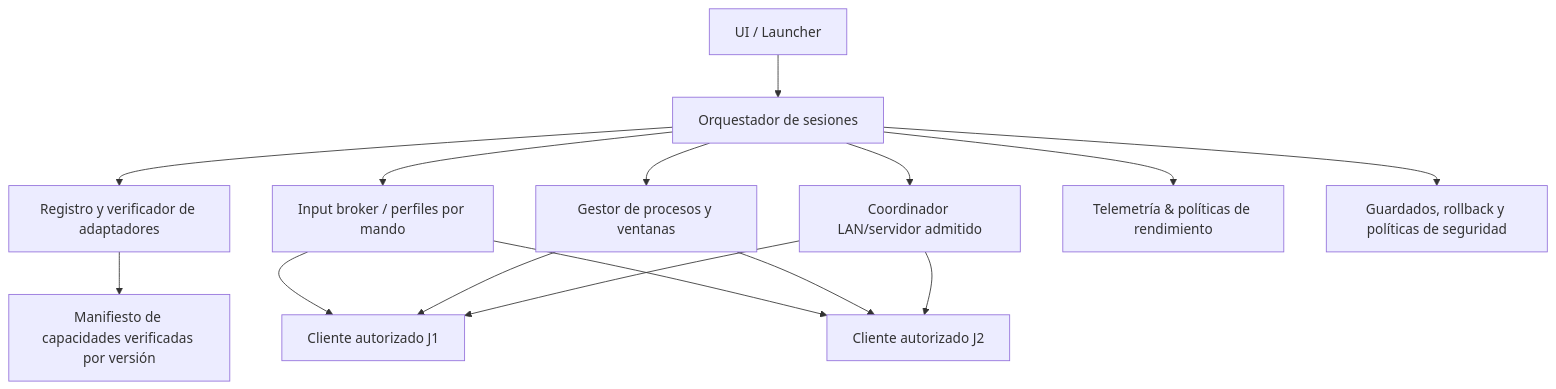
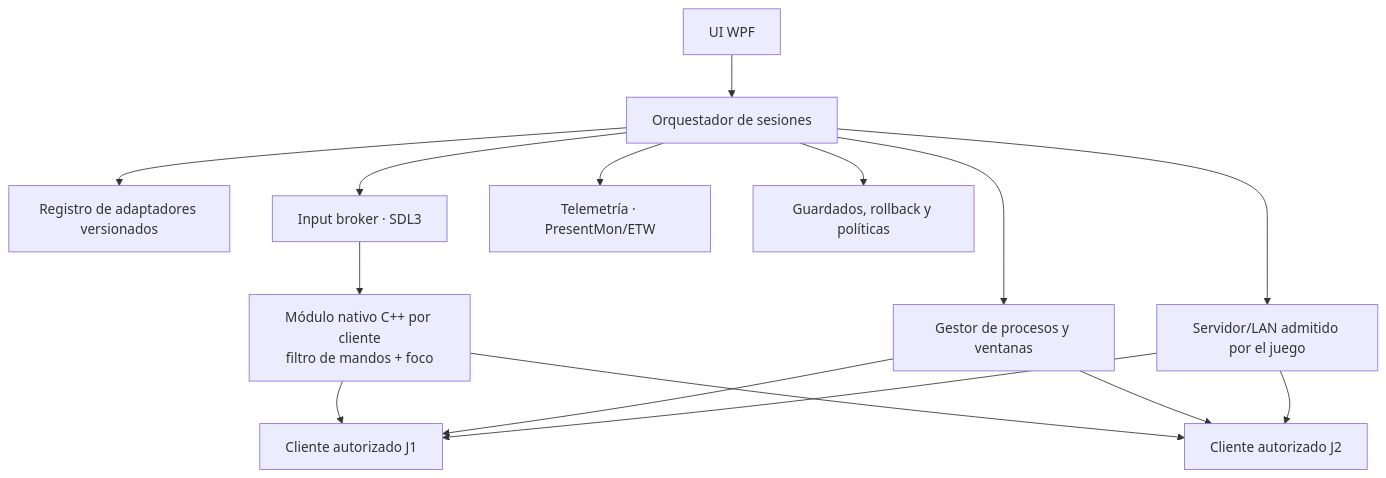
Before and after one commit to FaberGomezDev/SplitForge: the second of 2 diagrams in docs/02-ARQUITECTURA.md, drawn with Mermaid. The commit also changed other lines of this file and 31 other files, not shown here.

````diff
--- a/docs/02-ARQUITECTURA.md
+++ b/docs/02-ARQUITECTURA.md
@@ -49,17 +53,17 @@
 ```mermaid
 flowchart TB
-    UI2[UI / Launcher] --> API[Orquestador de sesiones]
-    API --> PROFILE[Registro y verificador de adaptadores]
-    API --> INPUT[Input broker / perfiles por mando]
+    UI2[UI WPF] --> API[Orquestador de sesiones]
+    API --> PROFILE[Registro de adaptadores versionados]
+    API --> INPUT[Input broker · SDL3]
+    INPUT --> NATIVE[Módulo nativo C++ por cliente\nfiltro de mandos + foco]
     API --> PROCESS[Gestor de procesos y ventanas]
-    API --> NET[Coordinador LAN/servidor admitido]
-    API --> PERF[Telemetría & políticas de rendimiento]
-    API --> SAFETY[Guardados, rollback y políticas de seguridad]
-    PROFILE --> RULES[Manifiesto de capacidades verificadas por versión]
-    INPUT --> A[Cliente autorizado J1]
-    INPUT --> B[Cliente autorizado J2]
+    API --> NET[Servidor/LAN admitido por el juego]
+    API --> PERF[Telemetría · PresentMon/ETW]
+    API --> SAFETY[Guardados, rollback y políticas]
+    NATIVE --> A[Cliente autorizado J1]
+    NATIVE --> B[Cliente autorizado J2]
     PROCESS --> A
     PROCESS --> B
     NET --> A
     NET --> B
 ```
````
